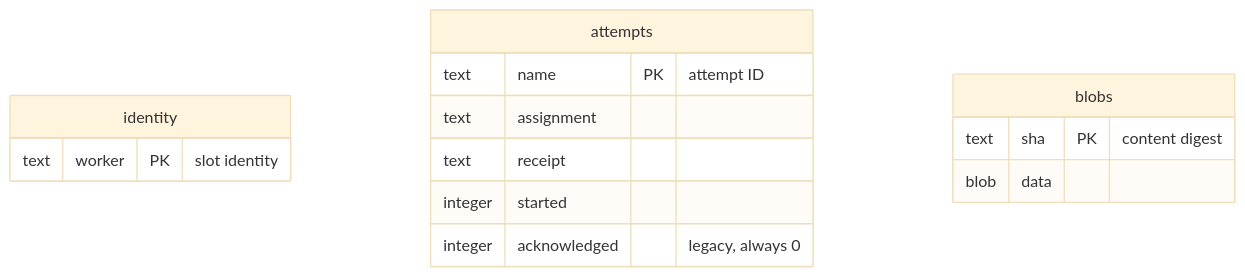
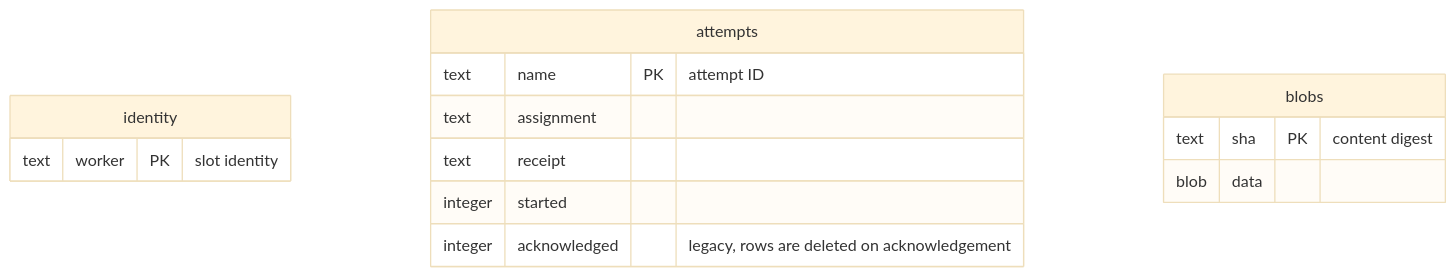
Before and after one commit to Roasbeef/gantry: the seventh of 7 diagrams in docs/architecture/runtime.md, drawn with Mermaid (base theme). The commit also changed other lines of this file, not shown here.

First line of the commit message:
docs: bring the runtime architecture level with the code

````diff
--- a/docs/architecture/runtime.md
+++ b/docs/architecture/runtime.md
@@ -314,17 +352,17 @@
 ```mermaid
 erDiagram
     identity {
         text worker PK "slot identity"
     }
     attempts {
         text name PK "attempt ID"
         text assignment
         text receipt
         integer started
-        integer acknowledged "legacy, always 0"
+        integer acknowledged "legacy, rows are deleted on acknowledgement"
     }
     blobs {
         text sha PK "content digest"
         blob data
     }
 ```
````
